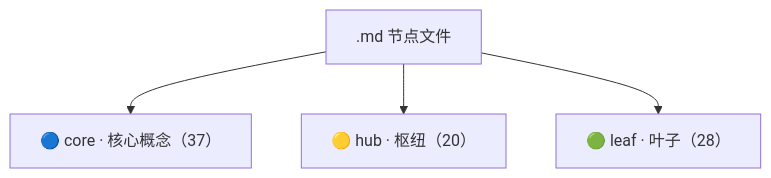
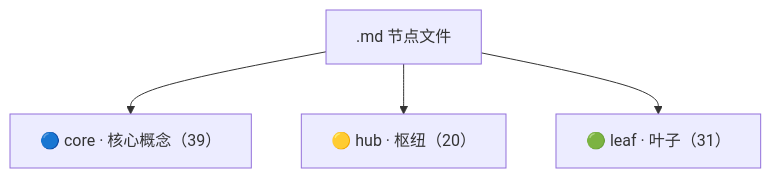
One commit to Baixiaodou/comm-knowledge-graph changed the third of 12 diagrams in README.md. Above: the diagram before and after it, drawn with Mermaid. The commit also changed other lines of this file, not shown here.

````diff
--- a/README.md
+++ b/README.md
@@ -158,6 +158,6 @@
 ```mermaid
 flowchart TB
-    MD[".md 节点文件"] --> CORE["🔵 core · 核心概念（37）"]
+    MD[".md 节点文件"] --> CORE["🔵 core · 核心概念（39）"]
     MD --> HUB["🟡 hub · 枢纽（20）"]
-    MD --> LEAF["🟢 leaf · 叶子（28）"]
+    MD --> LEAF["🟢 leaf · 叶子（31）"]
 ```
````
